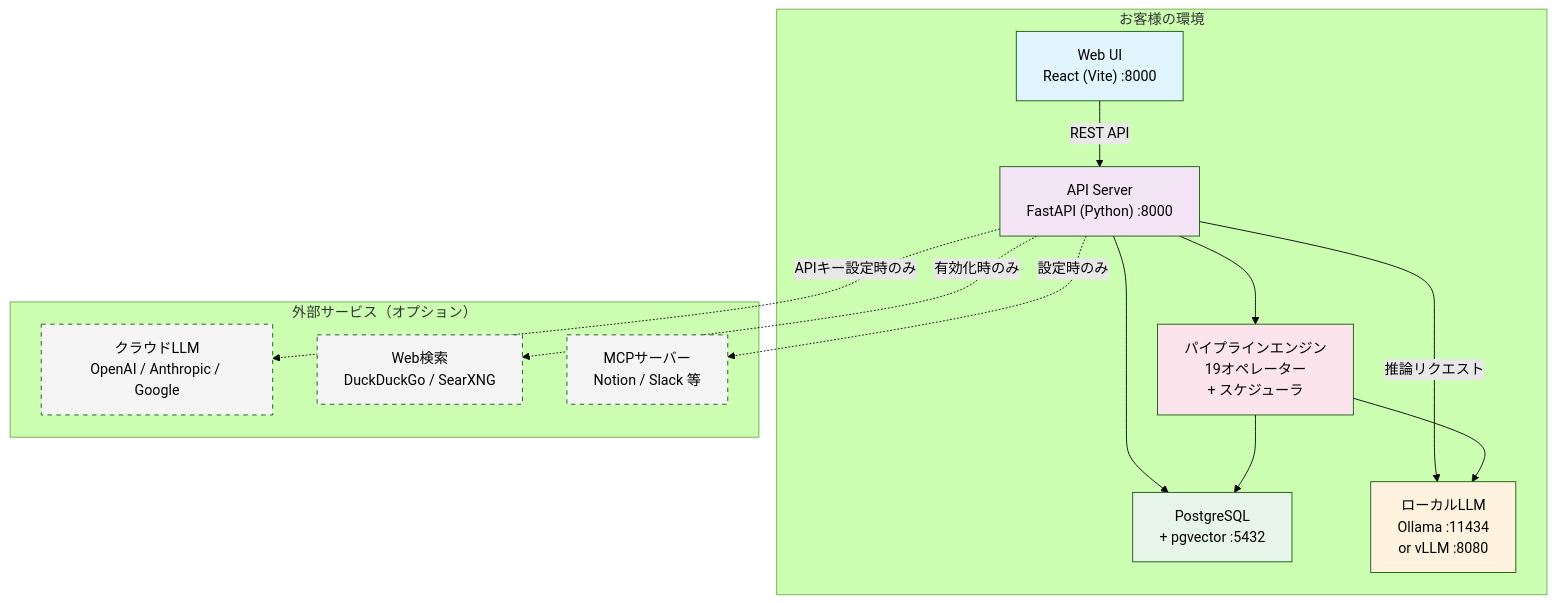
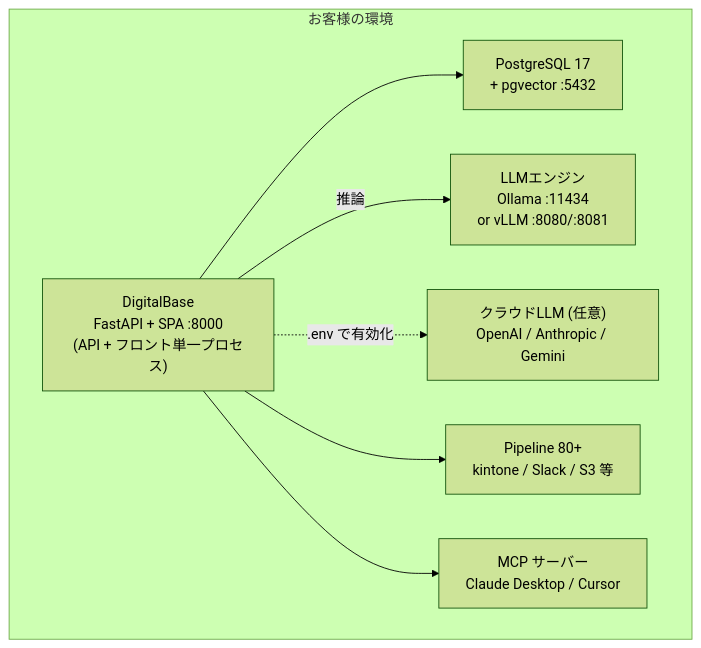
The diagram in docs/src/10_製品概要.md (lmlight-app/dist_vite), drawn with Mermaid (forest theme) before and after one commit. The commit also changed other lines of this file and 58 other files, not shown here.

First line of the commit message:
Rebrand LM Light to DigitalBase and update docs

````diff
--- a/docs/src/10_製品概要.md
+++ b/docs/src/10_製品概要.md
@@ -213,36 +189,17 @@
 ```mermaid
 graph TB
     subgraph "お客様の環境"
-        WebUI["Web UI<br/>React (Vite) :8000"]
-        API["API Server<br/>FastAPI (Python) :8000"]
-        DB["PostgreSQL<br/>+ pgvector :5432"]
-        LLM["ローカルLLM<br/>Ollama :11434<br/>or vLLM :8080"]
-        Pipeline["パイプラインエンジン<br/>19オペレーター<br/>+ スケジューラ"]
+        App["DigitalBase<br/>FastAPI + SPA :8000<br/>(API + フロント単一プロセス)"]
+        DB["PostgreSQL 17<br/>+ pgvector :5432"]
+        LLM["LLMエンジン<br/>Ollama :11434<br/>or vLLM :8080/:8081"]
+        Cloud["クラウドLLM (任意)<br/>OpenAI / Anthropic / Gemini"]
+        Pipeline["Pipeline 80+<br/>kintone / Slack / S3 等"]
+        MCP["MCP サーバー<br/>Claude Desktop / Cursor"]
 
-        WebUI -->|REST API| API
-        API --> DB
-        API -->|推論リクエスト| LLM
-        API --> Pipeline
-        Pipeline --> DB
-        Pipeline --> LLM
+        App --> DB
+        App -->|推論| LLM
+        App -.->|.env で有効化| Cloud
+        App --> Pipeline
+        App --> MCP
     end
-
-    subgraph "外部サービス（オプション）"
-        Cloud["クラウドLLM<br/>OpenAI / Anthropic / Google"]
-        WebSearch["Web検索<br/>DuckDuckGo / SearXNG"]
-        MCP["MCPサーバー<br/>Notion / Slack 等"]
-    end
-
-    API -.->|APIキー設定時のみ| Cloud
-    API -.->|有効化時のみ| WebSearch
-    API -.->|設定時のみ| MCP
-
-    style WebUI fill:#e1f5fe
-    style API fill:#f3e5f5
-    style DB fill:#e8f5e9
-    style LLM fill:#fff3e0
-    style Pipeline fill:#fce4ec
-    style Cloud fill:#f5f5f5,stroke-dasharray: 5 5
-    style WebSearch fill:#f5f5f5,stroke-dasharray: 5 5
-    style MCP fill:#f5f5f5,stroke-dasharray: 5 5
 ```
````
